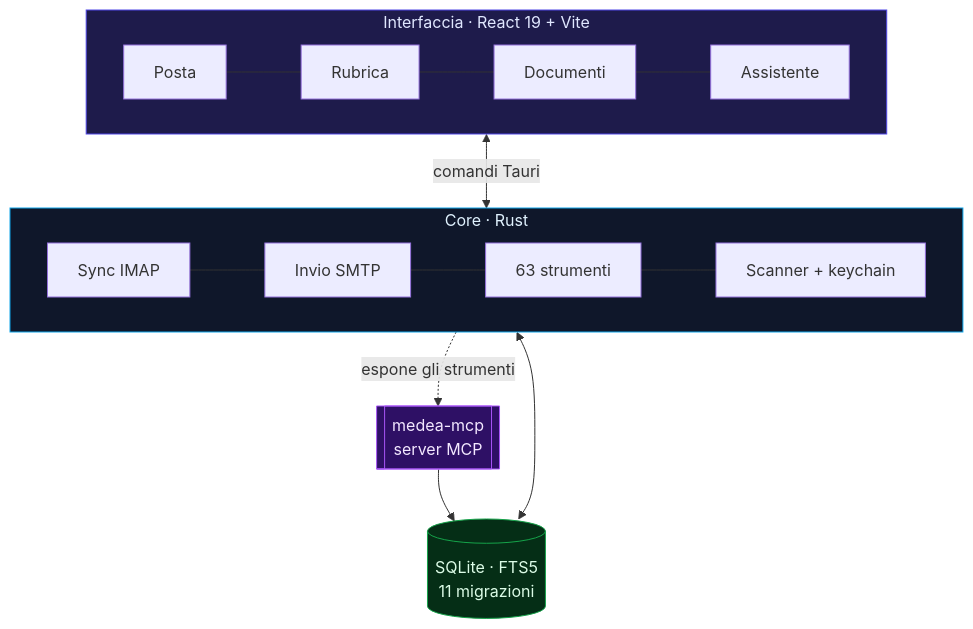
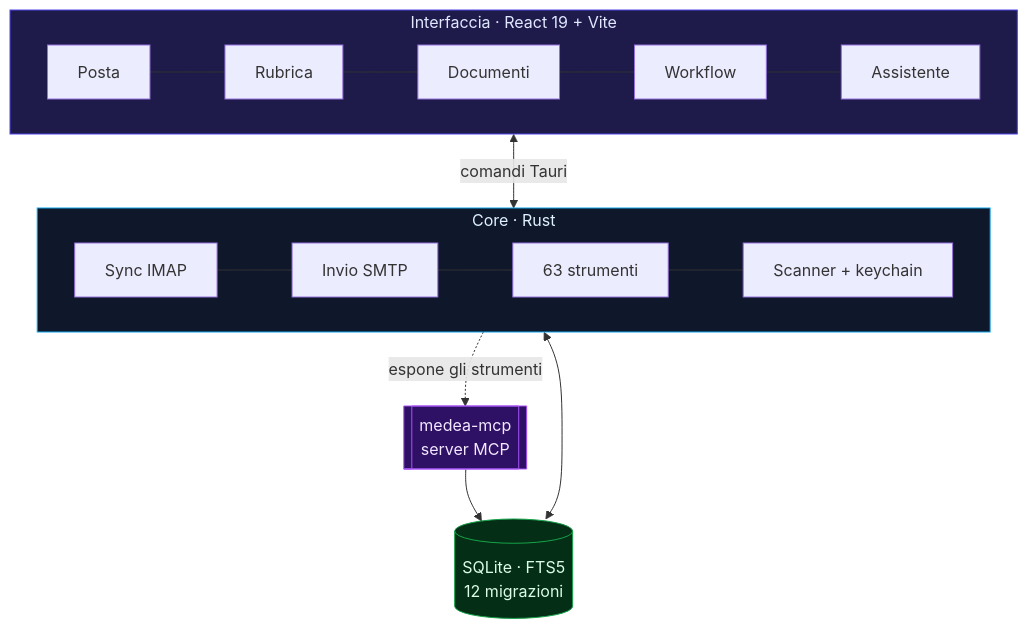
The second of 2 diagrams in README.md (adoslabsproject-gif/medea), drawn with Mermaid before and after one commit. The commit also changed other lines of this file and 1 other file, not shown here.

First line of the commit message:
docs: README con la sezione Workflow, e il post di presentazione

````diff
--- a/README.md
+++ b/README.md
@@ -190,25 +223,25 @@
 ```mermaid
 flowchart TB
     subgraph UI["Interfaccia · React 19 + Vite"]
         direction LR
-        MAIL[Posta] --- RUB[Rubrica] --- DOC[Documenti] --- AI[Assistente]
+        MAIL[Posta] --- RUB[Rubrica] --- DOC[Documenti] --- WF[Workflow] --- AI[Assistente]
     end
 
     subgraph CORE["Core · Rust"]
         direction LR
         SYNC[Sync IMAP] --- SMTP[Invio SMTP] --- TOOLS[63 strumenti] --- SEC[Scanner + keychain]
     end
 
-    DB[(SQLite · FTS5<br/>11 migrazioni)]
+    DB[(SQLite · FTS5<br/>12 migrazioni)]
     MCP[[medea-mcp<br/>server MCP]]
 
     UI <-->|comandi Tauri| CORE
     CORE <--> DB
     MCP --> DB
     CORE -.->|espone gli strumenti| MCP
 
     style UI fill:#1e1b4b,stroke:#4f46e5,color:#e0e7ff
     style CORE fill:#0f172a,stroke:#0ea5e9,color:#e0f2fe
     style DB fill:#052e16,stroke:#16a34a,color:#dcfce7
     style MCP fill:#2e1065,stroke:#a855f7,color:#f3e8ff
 ```
````
